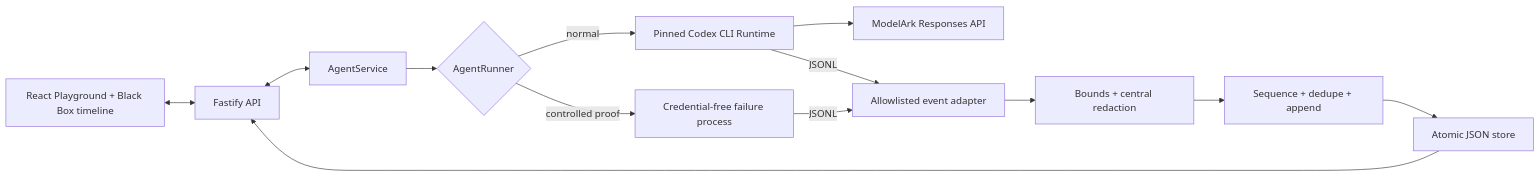
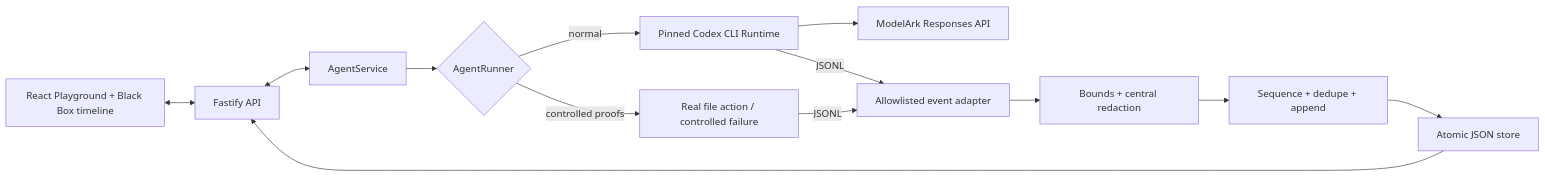
The diagram in README.md (thisisaditya17/CodeJam), drawn with Mermaid before and after one commit. The commit also changed other lines of this file and 17 other files, not shown here.

````diff
--- a/README.md
+++ b/README.md
@@ -271,15 +278,15 @@
 ```mermaid
 flowchart LR
     UI["React Playground + Black Box timeline"] <--> API["Fastify API"]
     API <--> Service["AgentService"]
     Service --> Runner{"AgentRunner"}
     Runner -->|normal| Codex["Pinned Codex CLI Runtime"]
-    Runner -->|controlled proof| Fixture["Credential-free failure process"]
+    Runner -->|controlled proofs| Fixture["Real file action / controlled failure"]
     Codex --> Ark["ModelArk Responses API"]
     Codex -- JSONL --> Adapter["Allowlisted event adapter"]
     Fixture -- JSONL --> Adapter
     Adapter --> Redactor["Bounds + central redaction"]
     Redactor --> Recorder["Sequence + dedupe + append"]
     Recorder --> Store["Atomic JSON store"]
     Store --> API
 ```
````
